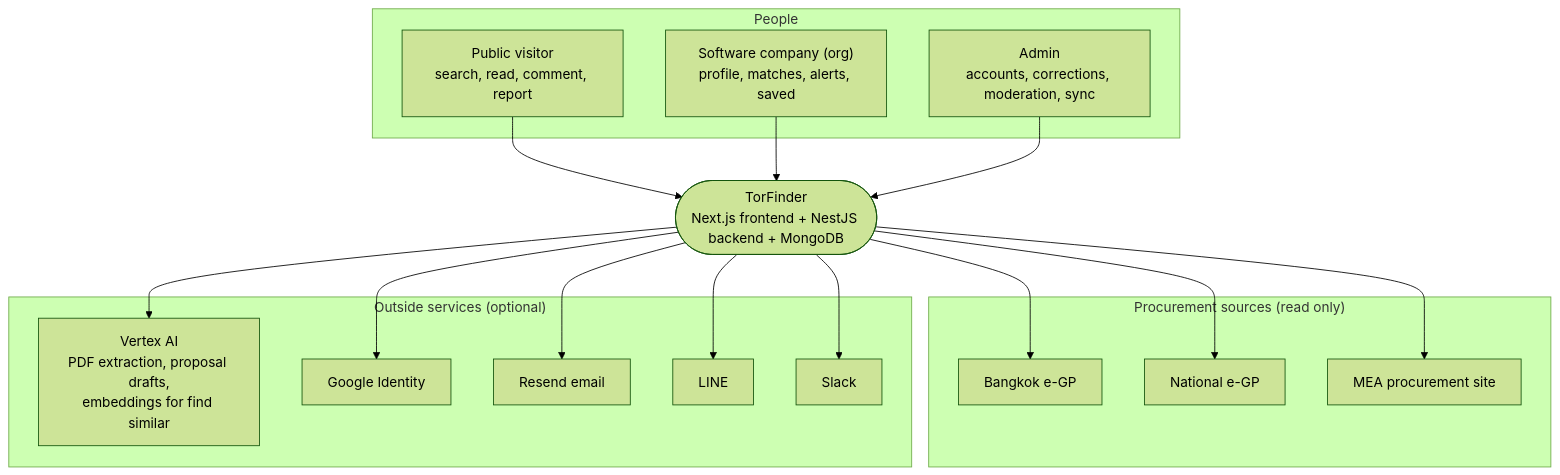
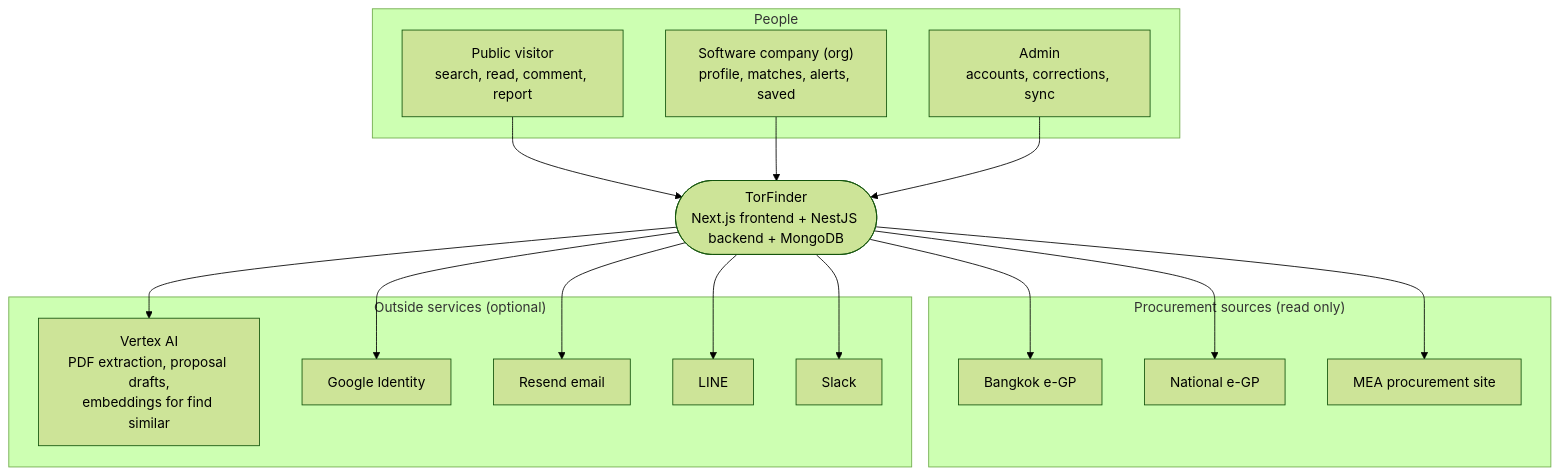
One commit to PhomMaiWai/TorFinder changed the first of 2 diagrams in docs/architecture.md. Above: the diagram before and after it, drawn with Mermaid (forest theme). The commit also changed other lines of this file and 47 other files, not shown here.

````diff
--- a/docs/architecture.md
+++ b/docs/architecture.md
@@ -29,29 +29,29 @@
 ```mermaid
 flowchart TB
     subgraph People
         Public["Public visitor<br/>search, read, comment, report"]
         Org["Software company (org)<br/>profile, matches, alerts, saved"]
-        Admin["Admin<br/>accounts, corrections, moderation, sync"]
+        Admin["Admin<br/>accounts, corrections, sync"]
     end
 
     TF(["TorFinder<br/>Next.js frontend + NestJS backend + MongoDB"])
 
     subgraph Sources["Procurement sources (read only)"]
         EGP["Bangkok e-GP"]
         GPROC["National e-GP"]
         MEA["MEA procurement site"]
     end
 
     subgraph Services["Outside services (optional)"]
         Vertex["Vertex AI<br/>PDF extraction, proposal drafts,<br/>embeddings for find similar"]
         Google["Google Identity"]
         Resend["Resend email"]
         Line["LINE"]
         Slack["Slack"]
     end
 
     Public & Org & Admin --> TF
     TF --> EGP & GPROC & MEA
     TF --> Vertex & Google
     TF --> Resend & Line & Slack
 ```
````
